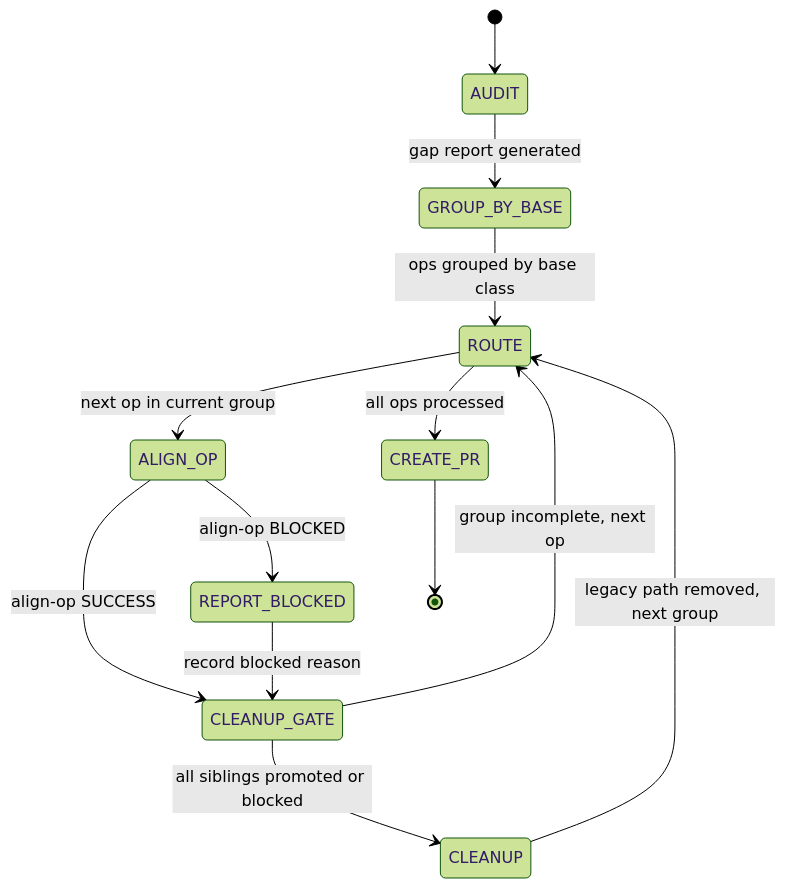
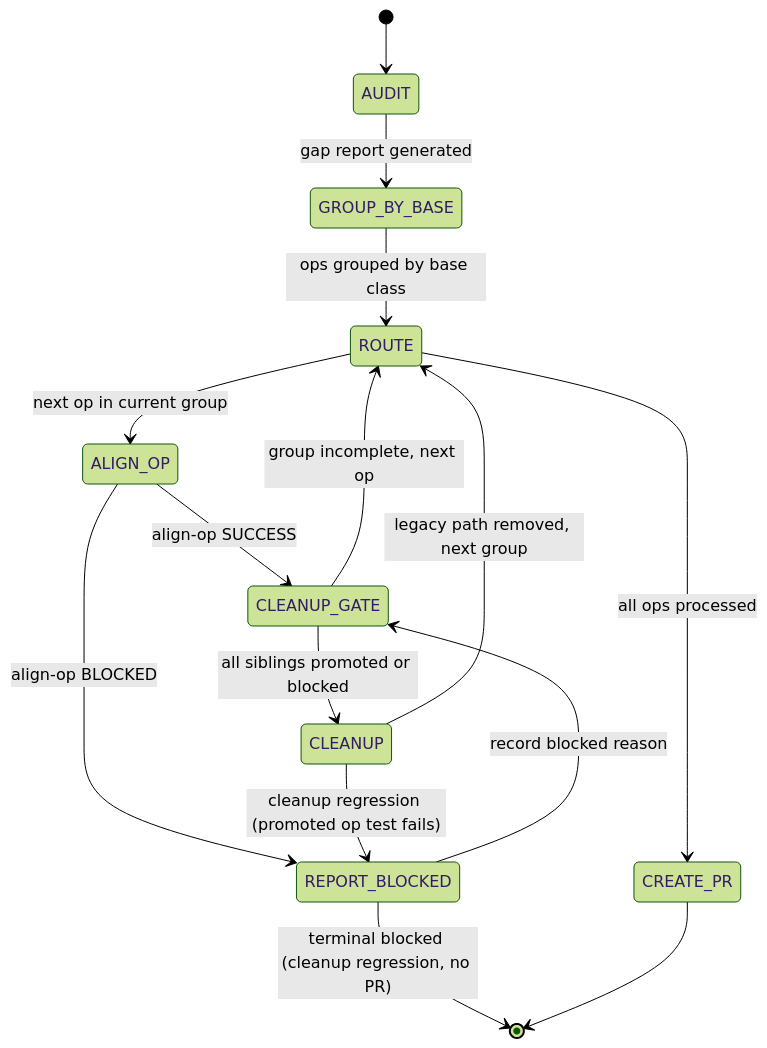
The diagram in .claude/skills/align-family/SKILL.md (tile-ai/TileOPs), drawn with Mermaid (forest theme) before and after one commit. The commit also changed other lines of this file, not shown here.

First line of the commit message:
[Docs][Skills] T018: add terminal REPORT_BLOCKED path for cleanup regression

````diff
--- a/.claude/skills/align-family/SKILL.md
+++ b/.claude/skills/align-family/SKILL.md
@@ -31,15 +31,17 @@
 ```mermaid
 stateDiagram-v2
     [*] --> AUDIT
     AUDIT --> GROUP_BY_BASE: gap report generated
     GROUP_BY_BASE --> ROUTE: ops grouped by base class
     ROUTE --> ALIGN_OP: next op in current group
     ALIGN_OP --> CLEANUP_GATE: align-op SUCCESS
     ALIGN_OP --> REPORT_BLOCKED: align-op BLOCKED
     REPORT_BLOCKED --> CLEANUP_GATE: record blocked reason
     CLEANUP_GATE --> ROUTE: group incomplete, next op
     CLEANUP_GATE --> CLEANUP: all siblings promoted or blocked
     CLEANUP --> ROUTE: legacy path removed, next group
     ROUTE --> CREATE_PR: all ops processed
+    CLEANUP --> REPORT_BLOCKED: cleanup regression (promoted op test fails)
+    REPORT_BLOCKED --> [*]: terminal blocked (cleanup regression, no PR)
     CREATE_PR --> [*]
 ```
````
